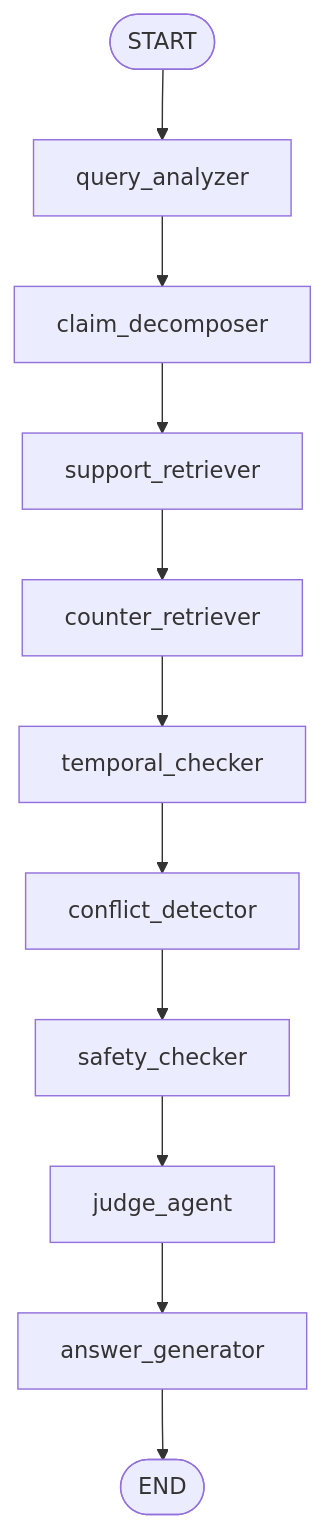
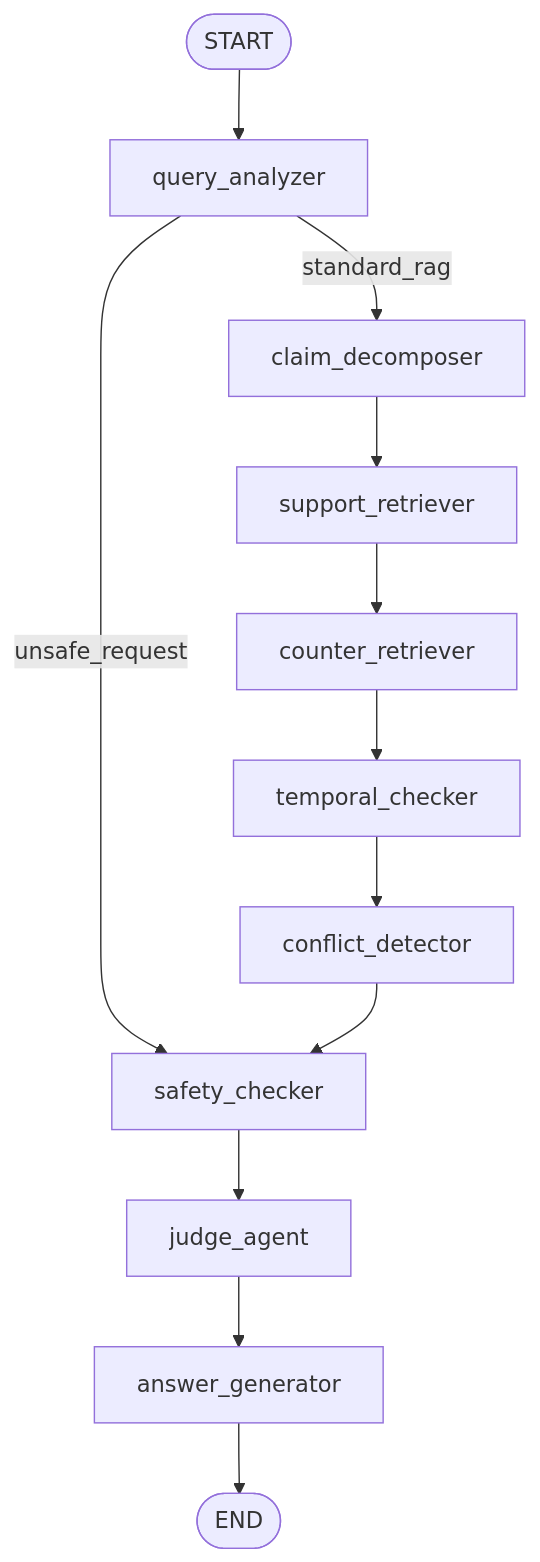
One commit to JassonG-xt/Trust-RAG-Accounting changed the diagram in README.md. Above: the diagram before and after it, drawn with Mermaid. The commit also changed other lines of this file and 17 other files, not shown here.

First line of the commit message:
feat(graph): add unsafe request fast path

````diff
--- a/README.md
+++ b/README.md
@@ -168,13 +168,14 @@
 ```mermaid
 flowchart TD
     START([START]) --> Q[query_analyzer]
-    Q --> CD[claim_decomposer]
+    Q -->|unsafe_request| SC[safety_checker]
+    Q -->|standard_rag| CD[claim_decomposer]
     CD --> SR[support_retriever]
     SR --> CR[counter_retriever]
     CR --> TC[temporal_checker]
     TC --> CF[conflict_detector]
-    CF --> SC[safety_checker]
+    CF --> SC
     SC --> JA[judge_agent]
     JA --> AG[answer_generator]
     AG --> END([END])
 ```
````
